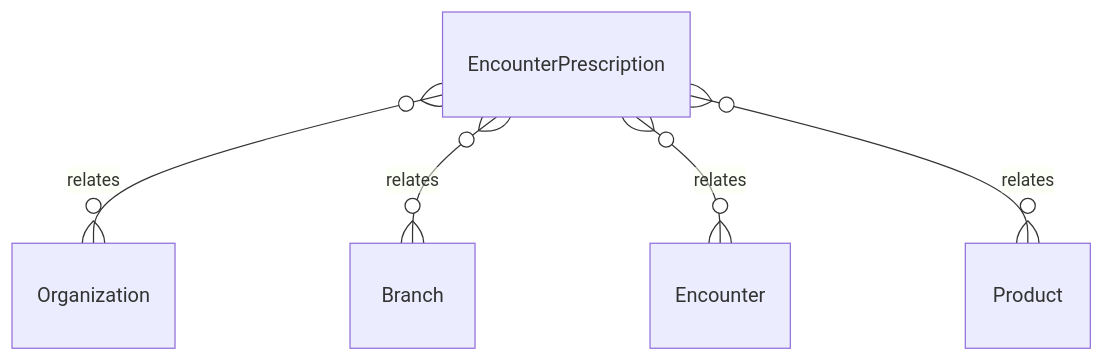
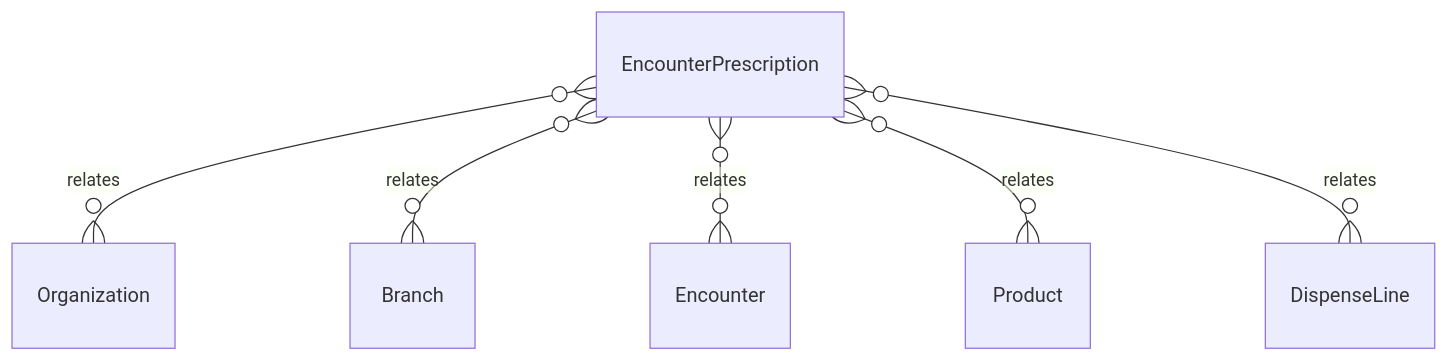
The diagram in .kb/Database/EncounterPrescription.md (tejasnirala/rcln), drawn with Mermaid before and after one commit. The commit also changed other lines of this file and 163 other files, not shown here.

````diff
--- a/.kb/Database/EncounterPrescription.md
+++ b/.kb/Database/EncounterPrescription.md
@@ -61,7 +63,8 @@
 ```mermaid
 erDiagram
     EncounterPrescription }o--o{ Organization : relates
     EncounterPrescription }o--o{ Branch : relates
     EncounterPrescription }o--o{ Encounter : relates
     EncounterPrescription }o--o{ Product : relates
+    EncounterPrescription }o--o{ DispenseLine : relates
 ```
````
